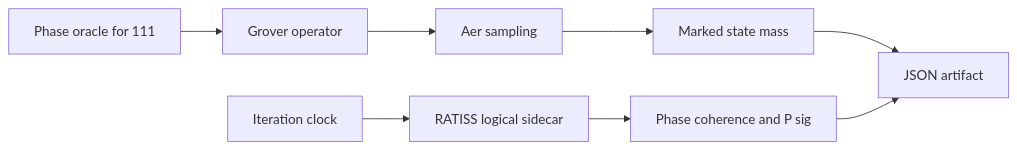
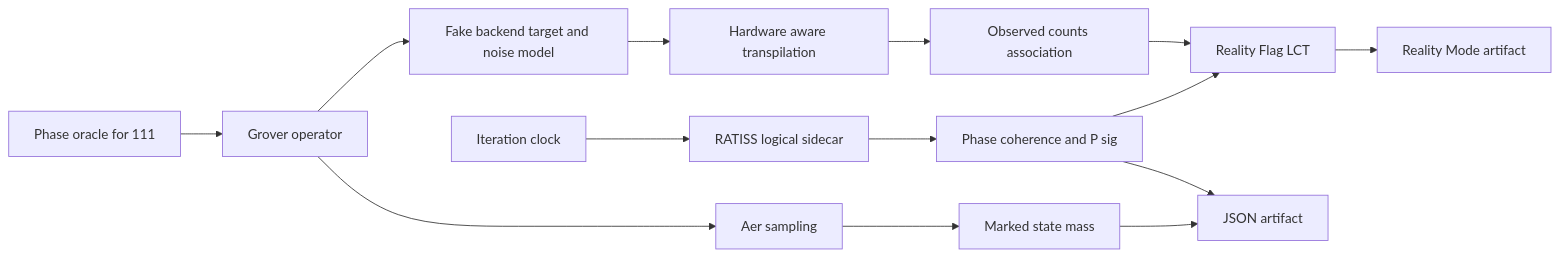
Before and after one commit to samajonathan9-source/Algorithmes-quantique-Ratiss-labs-: the diagram in README.md, drawn with Mermaid. The commit also changed other lines of this file and 14 other files, not shown here.

Commit message:
feat: add hardware-aware Grover reality mode

````diff
--- a/README.md
+++ b/README.md
@@ -27,10 +43,16 @@
 ```mermaid
 flowchart LR
   A[Phase oracle for 111] --> B[Grover operator]
   B --> C[Aer sampling]
   C --> D[Marked state mass]
   E[Iteration clock] --> F[RATISS logical sidecar]
   F --> G[Phase coherence and P sig]
+  B --> I[Fake backend target and noise model]
+  I --> J[Hardware aware transpilation]
+  J --> K[Observed counts association]
+  G --> L[Reality Flag LCT]
+  K --> L
   D --> H[JSON artifact]
   G --> H
+  L --> M[Reality Mode artifact]
 ```
````
